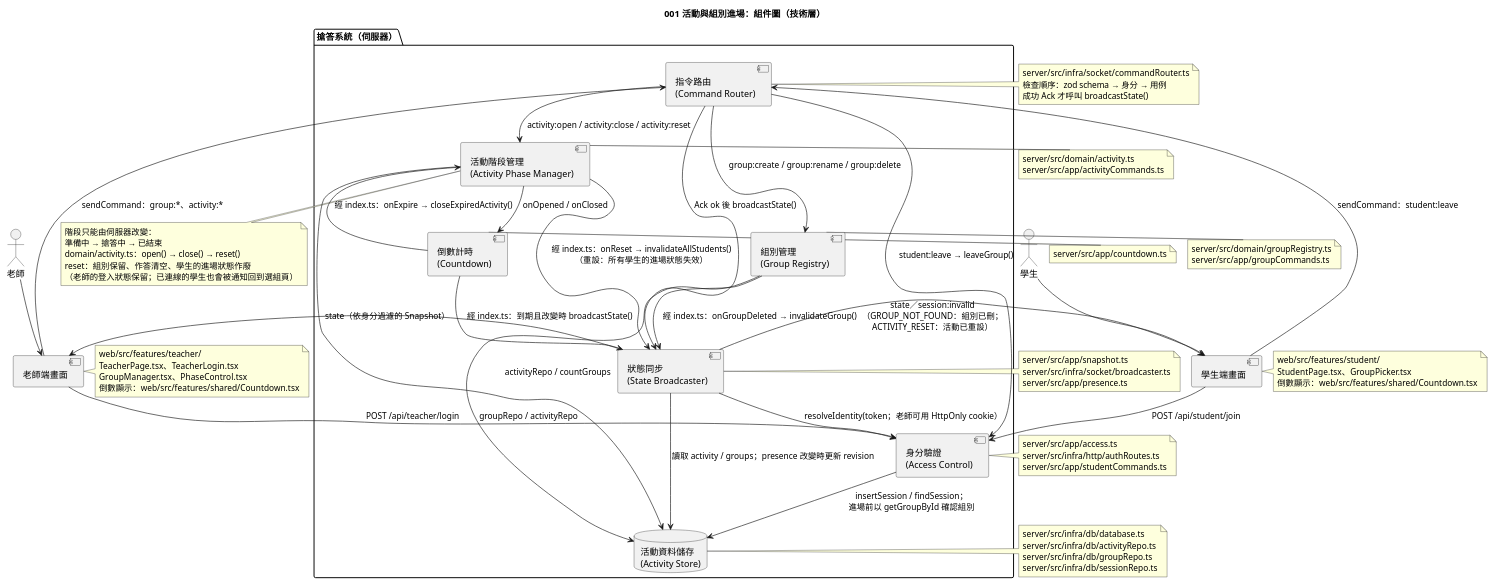
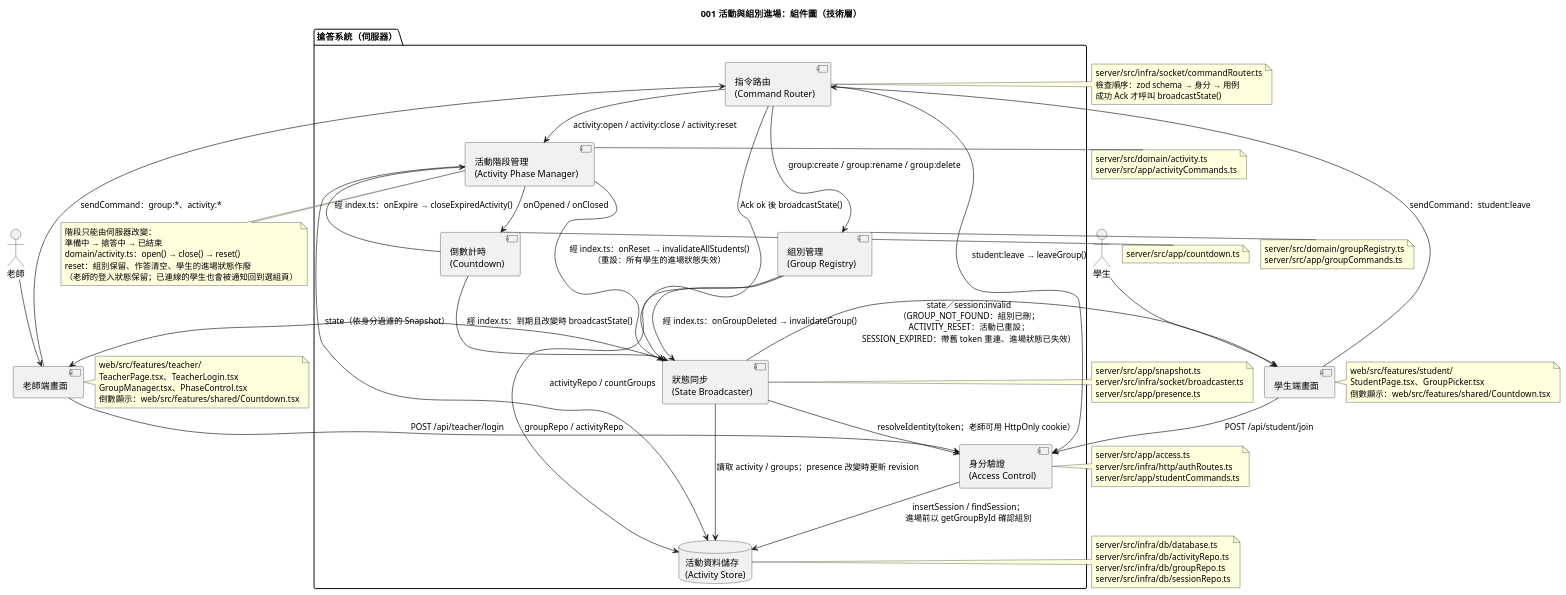
The diagram in diagrams/001-activity-session-component.puml (Danielweng0902/Answering-System_speckit), drawn with PlantUML before and after one commit. The commit also changed 16 other files, not shown here.

```diff
--- a/diagrams/001-activity-session-component.puml
+++ b/diagrams/001-activity-session-component.puml
@@ -1,107 +1,107 @@
 @startuml
 !pragma layout smetana
 title 001 活動與組別進場：組件圖（技術層）
 
 actor "老師" as Teacher
 actor "學生" as Student
 
 component "老師端畫面" as TeacherUI
 component "學生端畫面" as StudentUI
 
 package "搶答系統（伺服器）" as Server {
   component "身分驗證\n(Access Control)" as Auth
   component "組別管理\n(Group Registry)" as Groups
   component "活動階段管理\n(Activity Phase Manager)" as Phase
   component "倒數計時\n(Countdown)" as Timer
   component "指令路由\n(Command Router)" as Router
   component "狀態同步\n(State Broadcaster)" as Sync
   database "活動資料儲存\n(Activity Store)" as Store
 }
 
 note right of TeacherUI
   web/src/features/teacher/
   TeacherPage.tsx、TeacherLogin.tsx
   GroupManager.tsx、PhaseControl.tsx
   倒數顯示：web/src/features/shared/Countdown.tsx
 end note
 
 note right of StudentUI
   web/src/features/student/
   StudentPage.tsx、GroupPicker.tsx
   倒數顯示：web/src/features/shared/Countdown.tsx
 end note
 
 note right of Auth
   server/src/app/access.ts
   server/src/infra/http/authRoutes.ts
   server/src/app/studentCommands.ts
 end note
 
 note right of Groups
   server/src/domain/groupRegistry.ts
   server/src/app/groupCommands.ts
 end note
 
 note right of Phase
   server/src/domain/activity.ts
   server/src/app/activityCommands.ts
 end note
 
 note right of Timer
   server/src/app/countdown.ts
 end note
 
 note right of Router
   server/src/infra/socket/commandRouter.ts
   檢查順序：zod schema → 身分 → 用例
   成功 Ack 才呼叫 broadcastState()
 end note
 
 note right of Sync
   server/src/app/snapshot.ts
   server/src/infra/socket/broadcaster.ts
   server/src/app/presence.ts
 end note
 
 note right of Store
   server/src/infra/db/database.ts
   server/src/infra/db/activityRepo.ts
   server/src/infra/db/groupRepo.ts
   server/src/infra/db/sessionRepo.ts
 end note
 
 Teacher --> TeacherUI
 Student --> StudentUI
 
 TeacherUI --> Auth : POST /api/teacher/login
 StudentUI --> Auth : POST /api/student/join
 Auth --> Store : insertSession / findSession；\n進場前以 getGroupById 確認組別
 
 TeacherUI --> Router : sendCommand：group:*、activity:*
 StudentUI --> Router : sendCommand：student:leave
 Router --> Auth : student:leave → leaveGroup()
 Router --> Groups : group:create / group:rename / group:delete
 Router --> Phase : activity:open / activity:close / activity:reset
 Router --> Sync : Ack ok 後 broadcastState()
 
 Sync --> Auth : resolveIdentity(token；老師可用 HttpOnly cookie）
 Groups --> Store : groupRepo / activityRepo
 Phase --> Store : activityRepo / countGroups
 Phase --> Timer : onOpened / onClosed
 Timer --> Phase : 經 index.ts：onExpire → closeExpiredActivity()
 Groups --> Sync : 經 index.ts：onGroupDeleted → invalidateGroup()
 Phase --> Sync : 經 index.ts：onReset → invalidateAllStudents()\n（重設：所有學生的進場狀態失效）
 Timer --> Sync : 經 index.ts：到期且改變時 broadcastState()
 Sync --> Store : 讀取 activity / groups；presence 改變時更新 revision
 
 Sync --> TeacherUI : state（依身分過濾的 Snapshot）
-Sync --> StudentUI : state／session:invalid\n（GROUP_NOT_FOUND：組別已刪；\nACTIVITY_RESET：活動已重設）
+Sync --> StudentUI : state／session:invalid\n（GROUP_NOT_FOUND：組別已刪；\nACTIVITY_RESET：活動已重設；\nSESSION_EXPIRED：帶舊 token 重連、進場狀態已失效）
 
 note bottom of Phase
   階段只能由伺服器改變：
   準備中 → 搶答中 → 已結束
   domain/activity.ts：open() → close() → reset()
   reset：組別保留、作答清空、學生的進場狀態作廢
   （老師的登入狀態保留；已連線的學生也會被通知回到選組頁）
 end note
 @enduml
```
